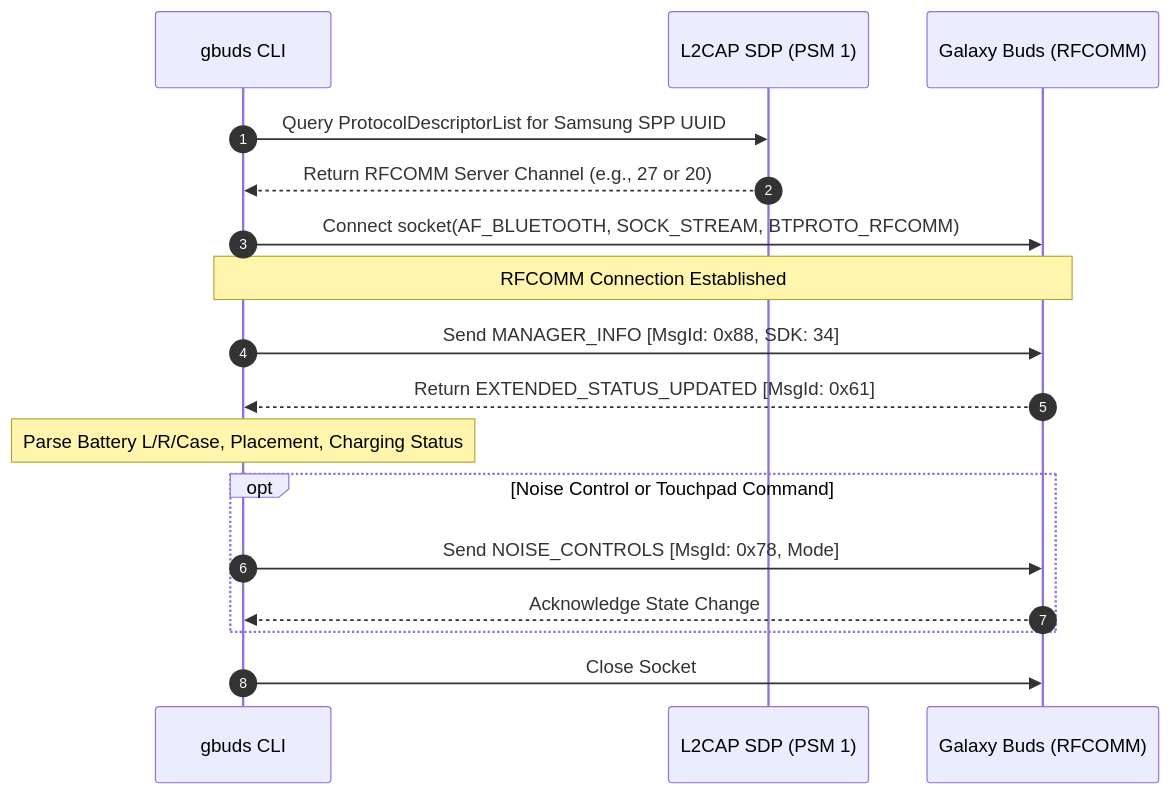
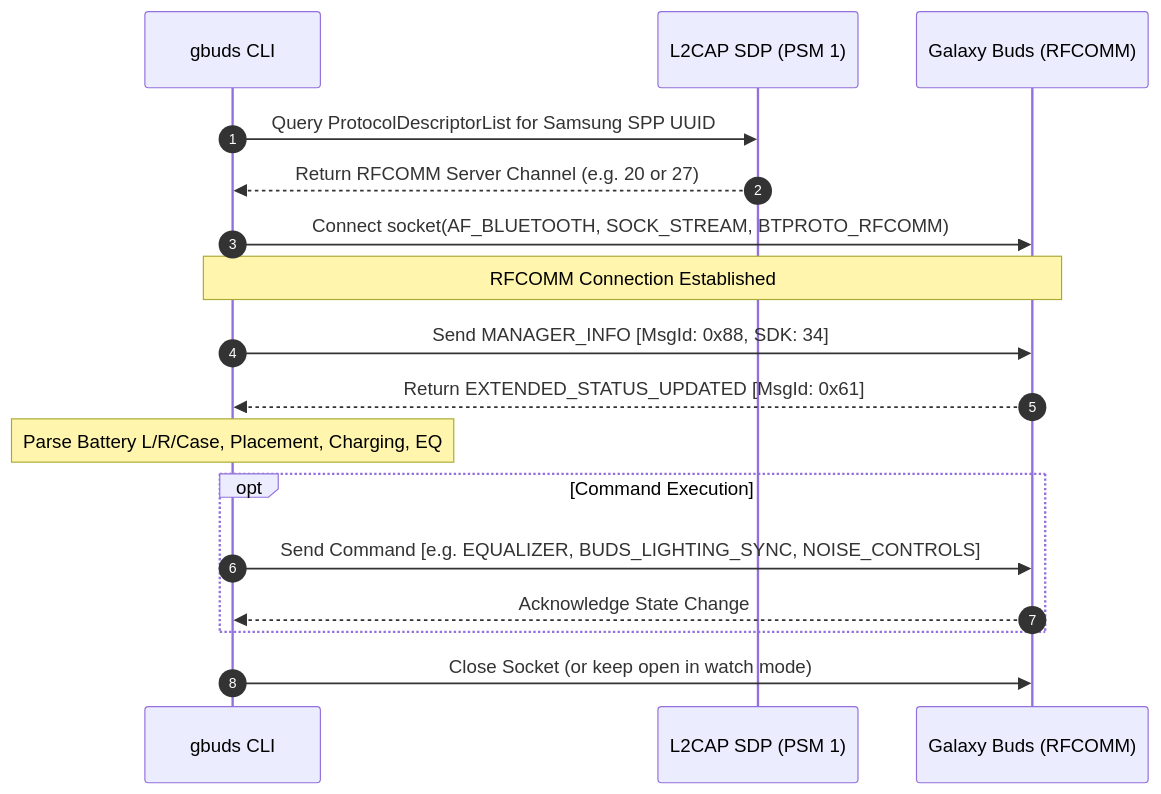
One commit to JessVolet/gbuds-cli changed the second of 2 diagrams in README.md. Above: the diagram before and after it, drawn with Mermaid. The commit also changed other lines of this file and 6 other files, not shown here.

Commit message:
feat: add equalizer, blade lights, find earbuds, ambient volume, and streaming watch mode

````diff
--- a/README.md
+++ b/README.md
@@ -71,23 +76,23 @@
 ```mermaid
 sequenceDiagram
     autonumber
     participant App as gbuds CLI
     participant SDP as L2CAP SDP (PSM 1)
     participant Earbuds as Galaxy Buds (RFCOMM)
 
     App->>SDP: Query ProtocolDescriptorList for Samsung SPP UUID
-    SDP-->>App: Return RFCOMM Server Channel (e.g., 27 or 20)
+    SDP-->>App: Return RFCOMM Server Channel (e.g. 20 or 27)
     App->>Earbuds: Connect socket(AF_BLUETOOTH, SOCK_STREAM, BTPROTO_RFCOMM)
     Note over App,Earbuds: RFCOMM Connection Established
 
     App->>Earbuds: Send MANAGER_INFO [MsgId: 0x88, SDK: 34]
     Earbuds-->>App: Return EXTENDED_STATUS_UPDATED [MsgId: 0x61]
-    Note over App: Parse Battery L/R/Case, Placement, Charging Status
+    Note over App: Parse Battery L/R/Case, Placement, Charging, EQ
 
-    opt Noise Control or Touchpad Command
-        App->>Earbuds: Send NOISE_CONTROLS [MsgId: 0x78, Mode]
+    opt Command Execution
+        App->>Earbuds: Send Command [e.g. EQUALIZER, BUDS_LIGHTING_SYNC, NOISE_CONTROLS]
         Earbuds-->>App: Acknowledge State Change
     end
 
-    App->>Earbuds: Close Socket
+    App->>Earbuds: Close Socket (or keep open in watch mode)
 ```
````
